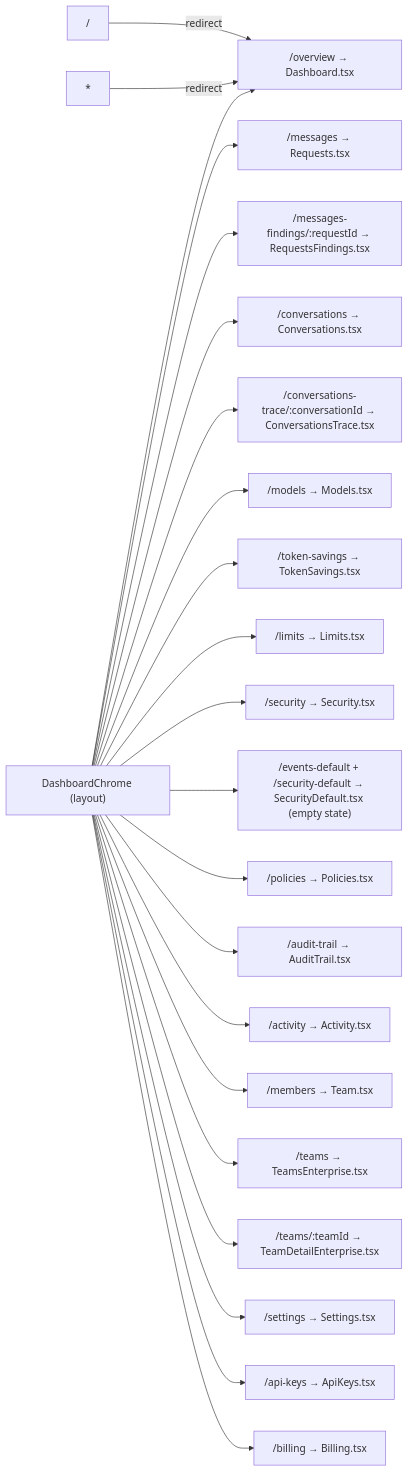
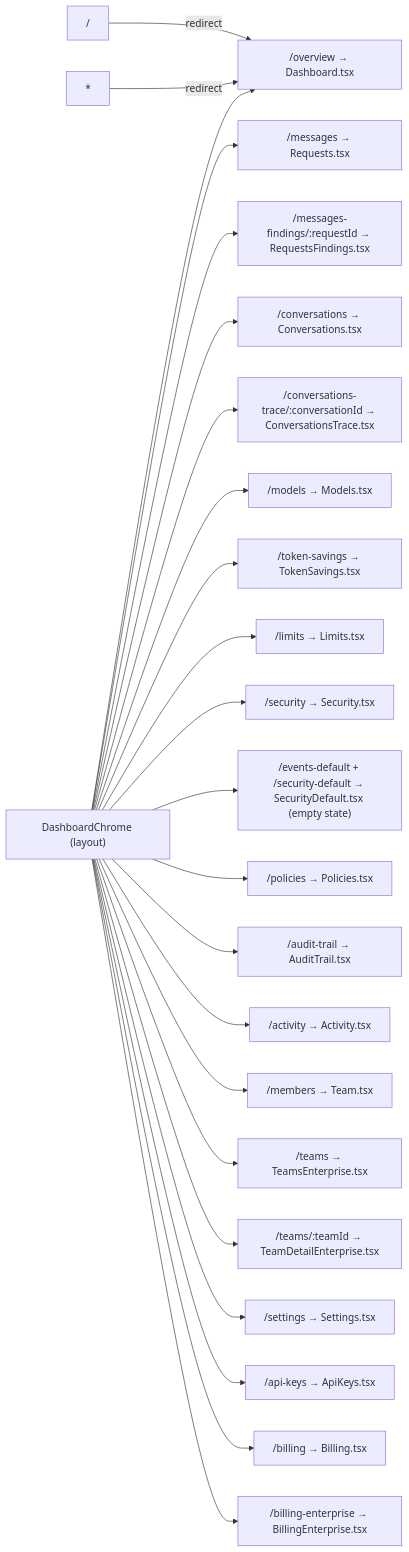
One commit to Neoneue/gate-ai-build changed the first of 5 diagrams in data-model.md. Above: the diagram before and after it, drawn with Mermaid. The commit also changed other lines of this file and 24 other files, not shown here.

First line of the commit message:
feat(billing): Enterprise Billing page with seat billing, preview states and tier colors

````diff
--- a/data-model.md
+++ b/data-model.md
@@ -31,27 +31,28 @@
 ```mermaid
 graph LR
     ROOT["/"] -->|redirect| OV
     WILD["*"] -->|redirect| OV
 
     LAYOUT["DashboardChrome (layout)"]
 
     LAYOUT --> OV["/overview → Dashboard.tsx"]
     LAYOUT --> REQ["/messages → Requests.tsx"]
     LAYOUT --> REQF["/messages-findings/:requestId → RequestsFindings.tsx"]
     LAYOUT --> CONV["/conversations → Conversations.tsx"]
     LAYOUT --> CONVT["/conversations-trace/:conversationId → ConversationsTrace.tsx"]
     LAYOUT --> MOD["/models → Models.tsx"]
     LAYOUT --> TOK["/token-savings → TokenSavings.tsx"]
     LAYOUT --> LIM["/limits → Limits.tsx"]
     LAYOUT --> SEC["/security → Security.tsx"]
     LAYOUT --> SECDEF["/events-default + /security-default → SecurityDefault.tsx (empty state)"]
     LAYOUT --> POL["/policies → Policies.tsx"]
     LAYOUT --> AUD["/audit-trail → AuditTrail.tsx"]
     LAYOUT --> ACT["/activity → Activity.tsx"]
     LAYOUT --> TEAM["/members → Team.tsx"]
     LAYOUT --> TEAMS["/teams → TeamsEnterprise.tsx"]
     LAYOUT --> TEAMD["/teams/:teamId → TeamDetailEnterprise.tsx"]
     LAYOUT --> SET["/settings → Settings.tsx"]
     LAYOUT --> KEYS["/api-keys → ApiKeys.tsx"]
     LAYOUT --> BILL["/billing → Billing.tsx"]
+    LAYOUT --> BILLENT["/billing-enterprise → BillingEnterprise.tsx"]
 ```
````
